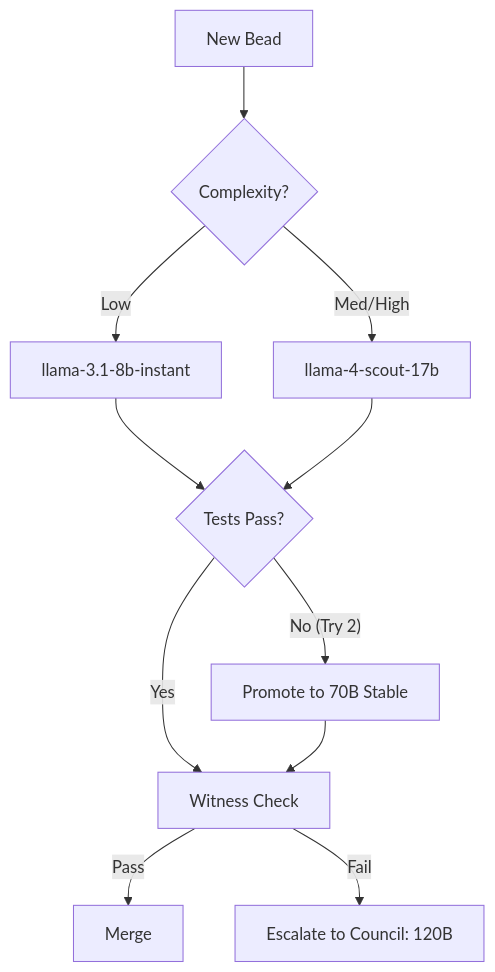
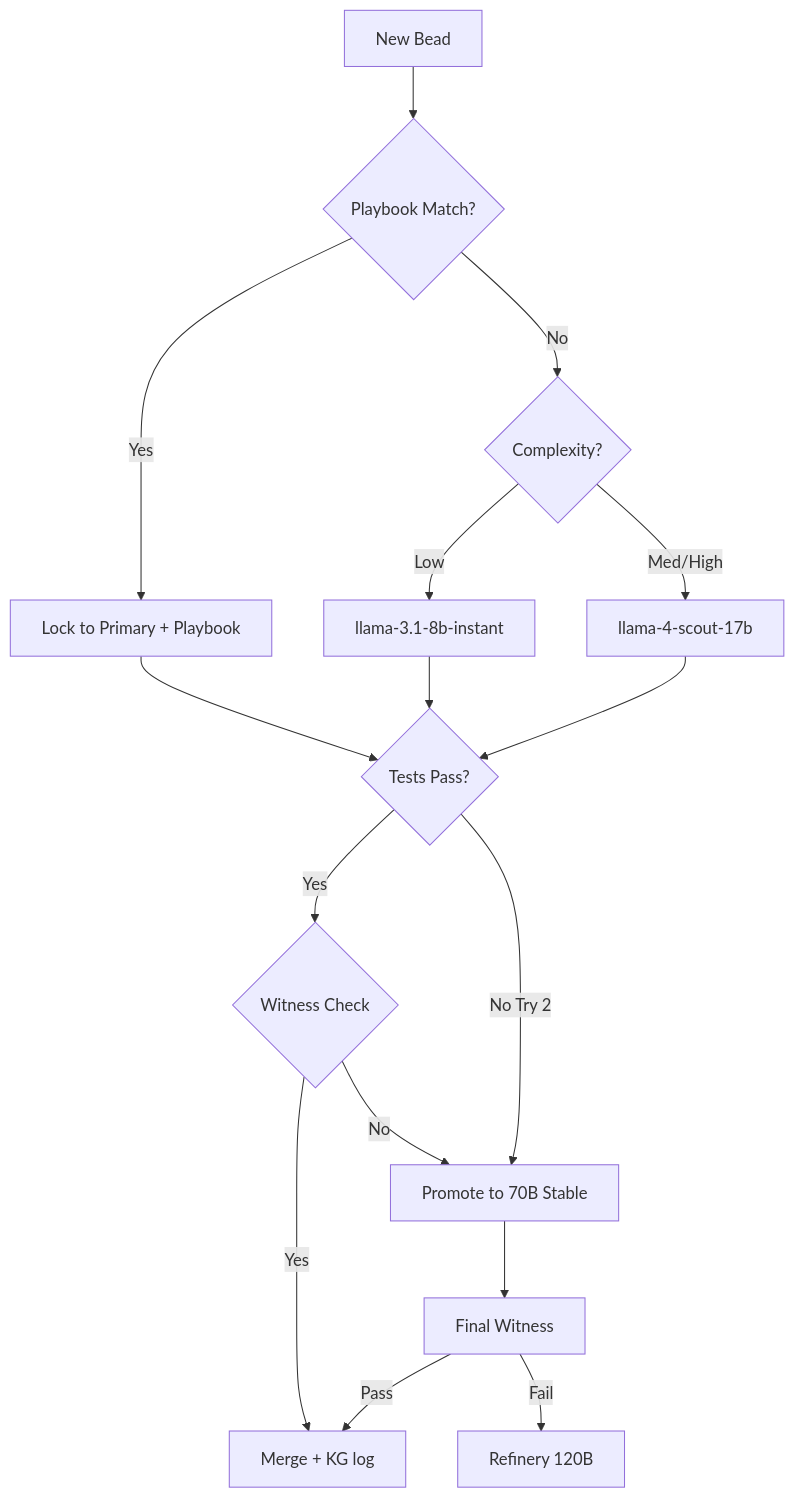
The diagram in docs/ROUTING.md (kab0rn/nostown), drawn with Mermaid before and after one commit. The commit also changed other lines of this file, not shown here.

````diff
--- a/docs/ROUTING.md
+++ b/docs/ROUTING.md
@@ -40,13 +44,18 @@
 ```mermaid
 graph TD
-    A[New Bead] --> B{Complexity?}
-    B -- Low --> C[llama-3.1-8b-instant]
-    B -- Med/High --> D[llama-4-scout-17b]
-    C --> E{Tests Pass?}
-    D --> E
-    E -- Yes --> F[Witness Check]
-    E -- No (Try 2) --> G[Promote to 70B Stable]
-    G --> F
-    F -- Pass --> H[Merge]
-    F -- Fail --> I[Escalate to Council: 120B]
+    A[New Bead] --> B{Playbook Match?}
+    B -- Yes --> C[Lock to Primary + Playbook]
+    B -- No --> D{Complexity?}
+    D -- Low --> E[llama-3.1-8b-instant]
+    D -- Med/High --> F[llama-4-scout-17b]
+    C --> G{Tests Pass?}
+    E --> G
+    F --> G
+    G -- Yes --> H{Witness Check}
+    G -- No Try 2 --> I[Promote to 70B Stable]
+    H -- Yes --> J[Merge + KG log]
+    H -- No --> I
+    I --> K[Final Witness]
+    K -- Pass --> J
+    K -- Fail --> L[Refinery 120B]
 ```
````
